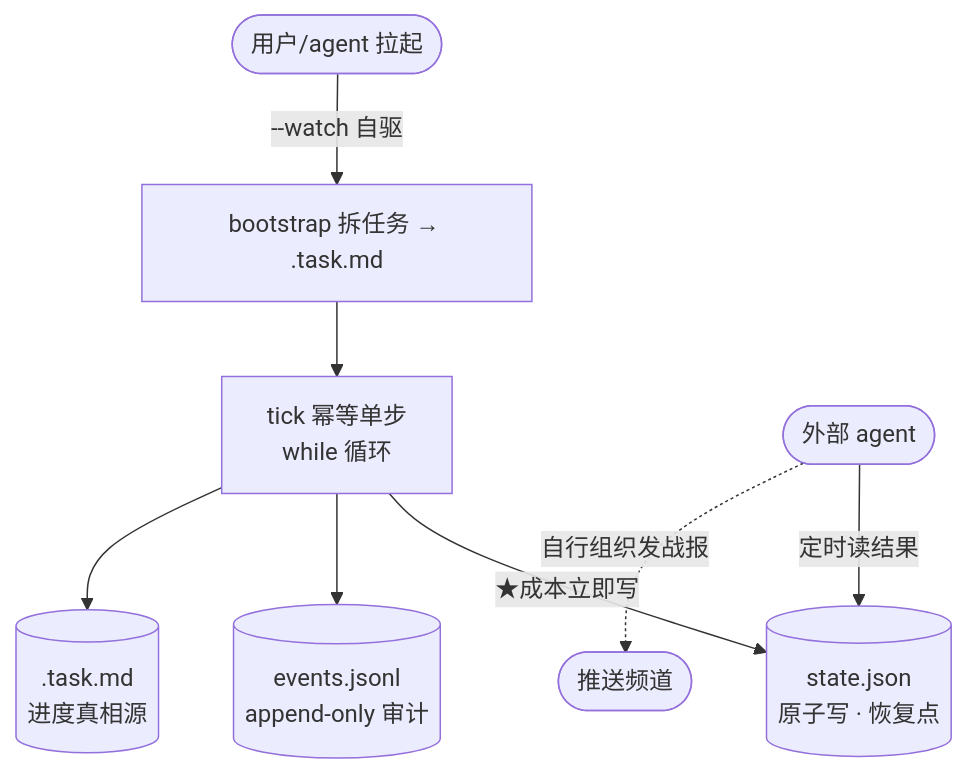
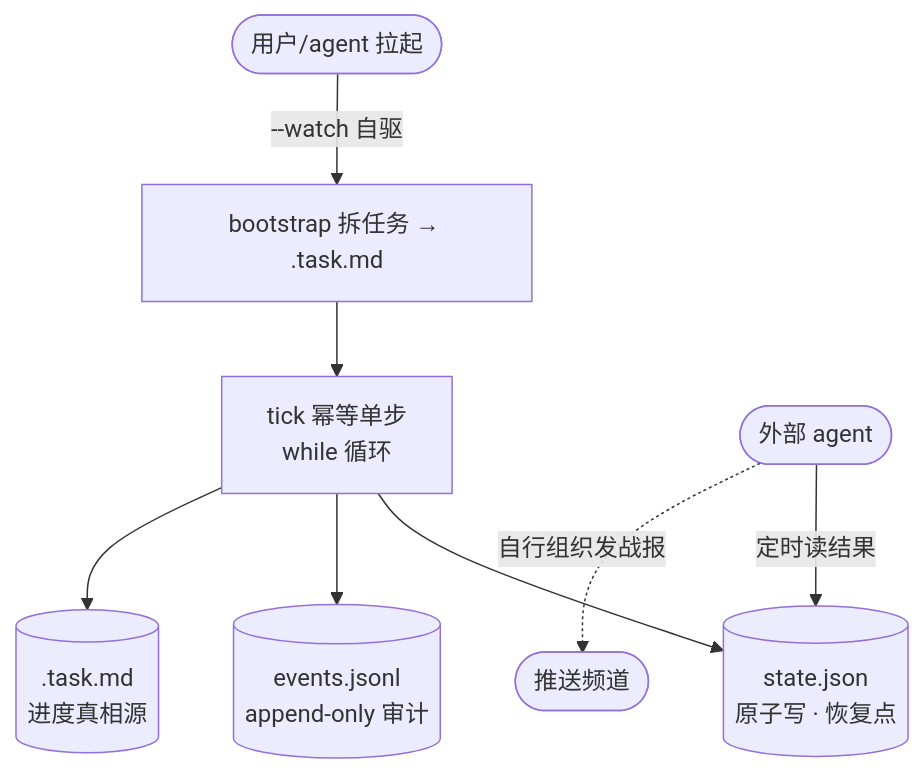
Before and after one commit to free-wyq/swallow: the diagram in skill/SKILL.md, drawn with Mermaid. The commit also changed other lines of this file and 3 other files, not shown here.

````diff
--- a/skill/SKILL.md
+++ b/skill/SKILL.md
@@ -19,12 +19,12 @@
 ```mermaid
 flowchart TB
     User([用户/agent 拉起])
     User -->|"--watch 自驱"| BOOT[bootstrap 拆任务 → .task.md]
     BOOT --> TICK["tick 幂等单步<br/>while 循环"]
-    TICK -->|"★成本立即写"| STATE[("state.json<br/>原子写 · 恢复点")]
+    TICK --> STATE[("state.json<br/>原子写 · 恢复点")]
     TICK --> EVENTS[("events.jsonl<br/>append-only 审计")]
     TICK --> TASK[(".task.md<br/>进度真相源")]
     Ext([外部 agent])
     Ext -->|"定时读结果"| STATE
     Ext -.->|"自行组织发战报"| Push([推送频道])
 ```
````
